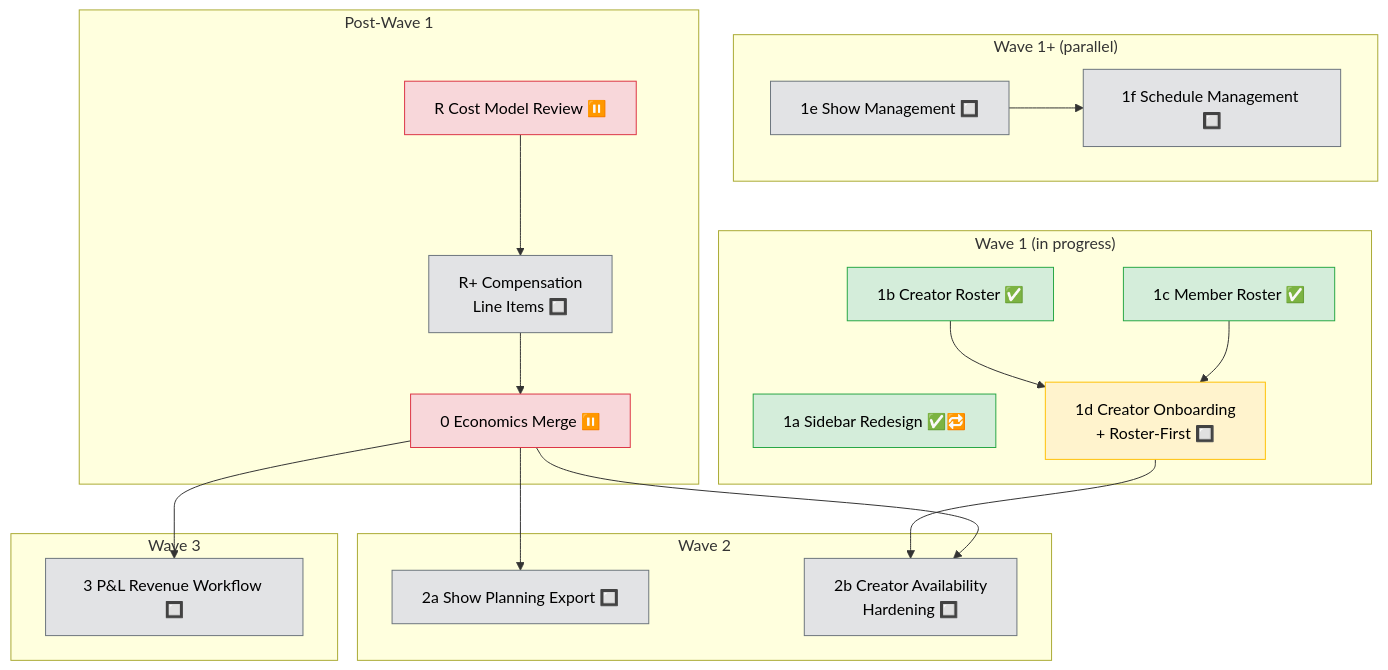
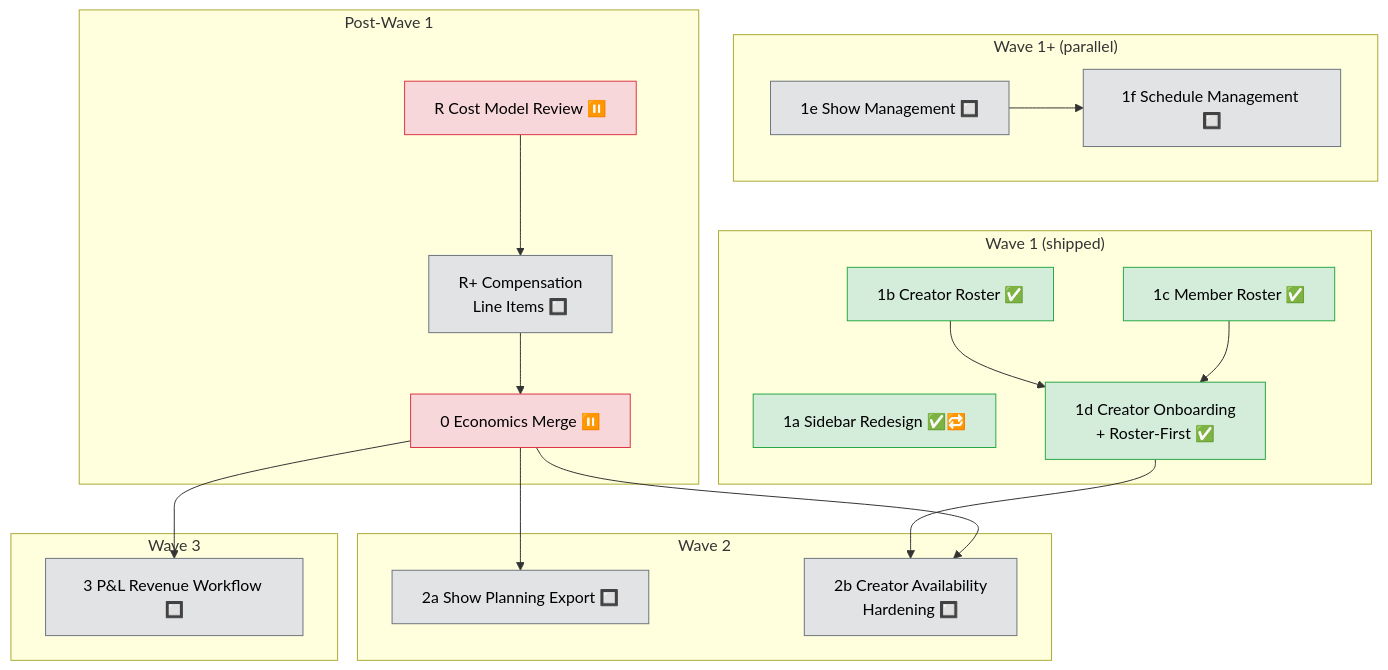
One commit to allenlin90/eridu-services changed the diagram in docs/roadmap/PHASE_4.md. Above: the diagram before and after it, drawn with Mermaid. The commit also changed other lines of this file and 7 other files, not shown here.

````diff
--- a/docs/roadmap/PHASE_4.md
+++ b/docs/roadmap/PHASE_4.md
@@ -54,50 +56,49 @@
 ```mermaid
 flowchart TD
-    subgraph wave1["Wave 1 (in progress)"]
+    subgraph wave1["Wave 1 (shipped)"]
         1a["1a Sidebar Redesign ✅🔁"]
         1b["1b Creator Roster ✅"]
         1c["1c Member Roster ✅"]
-        1d["1d Creator Onboarding\n+ Roster-First 🔲"]
+        1d["1d Creator Onboarding\n+ Roster-First ✅"]
     end
 
     subgraph wave1plus["Wave 1+ (parallel)"]
         1e["1e Show Management 🔲"]
         1f["1f Schedule Management 🔲"]
     end
 
     subgraph postwave1["Post-Wave 1"]
         R["R Cost Model Review ⏸️"]
         Rplus["R+ Compensation\nLine Items 🔲"]
         E0["0 Economics Merge ⏸️"]
     end
 
     subgraph wave2["Wave 2"]
         2a["2a Show Planning Export 🔲"]
         2b["2b Creator Availability\nHardening 🔲"]
     end
 
     subgraph wave3["Wave 3"]
         W3["3 P&L Revenue Workflow 🔲"]
     end
 
     %% Dependencies
     1b --> 1d
     1c --> 1d
     1e --> 1f
     R --> Rplus --> E0
     E0 --> 2a
     1d --> 2b
     E0 --> 2b
     E0 --> W3
 
     %% Styling
     classDef done fill:#d4edda,stroke:#28a745,color:#000
     classDef next fill:#fff3cd,stroke:#ffc107,color:#000
     classDef planned fill:#e2e3e5,stroke:#6c757d,color:#000
     classDef deferred fill:#f8d7da,stroke:#dc3545,color:#000
 
-    class 1a,1b,1c done
-    class 1d next
+    class 1a,1b,1c,1d done
     class 1e,1f,Rplus,2a,2b,W3 planned
     class R,E0 deferred
 ```
````
